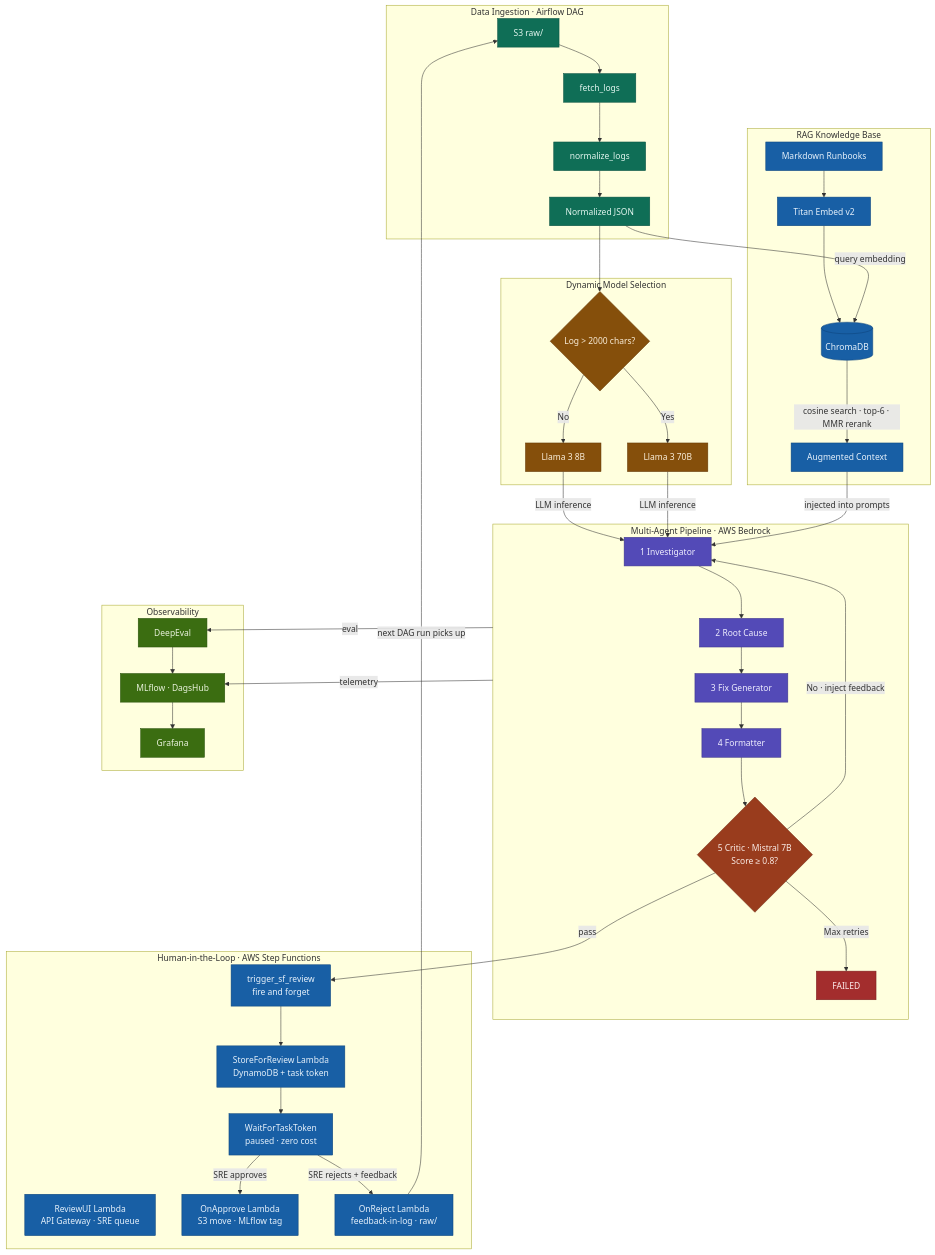
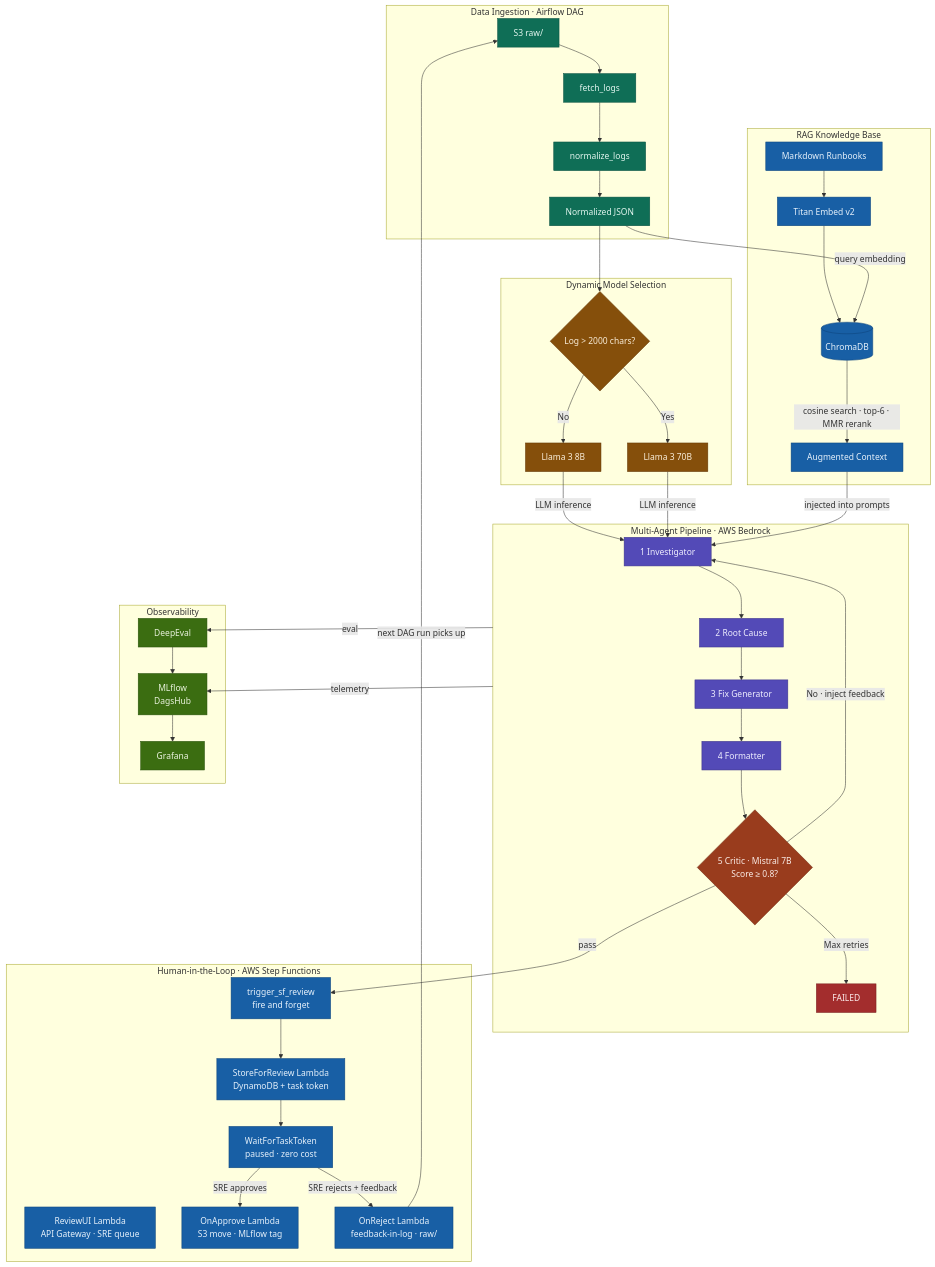
The first of 6 diagrams in README.md (nasim-raj-laskar/InfraMind), drawn with Mermaid before and after one commit. The commit also changed other lines of this file, not shown here.

````diff
--- a/README.md
+++ b/README.md
@@ -11,71 +11,71 @@
 ```mermaid
 flowchart TB
     subgraph INGEST["Data Ingestion · Airflow DAG"]
         LOGS["S3 raw/"] --> FETCH["fetch_logs"] --> NORM["normalize_logs"] --> NORM_OUT["Normalized JSON"]
     end
 
     subgraph RAG["RAG Knowledge Base"]
         RUNBOOKS["Markdown Runbooks"] --> EMBED["Titan Embed v2"] --> CHROMA[("ChromaDB")]
         CHROMA -->|"cosine search · top-6 · MMR rerank"| CONTEXT["Augmented Context"]
     end
 
     subgraph MODEL["Dynamic Model Selection"]
         CHECK{"Log > 2000 chars?"}
         CHECK -->|No| L8["Llama 3 8B"]
         CHECK -->|Yes| L70["Llama 3 70B"]
     end
 
     subgraph AGENTS["Multi-Agent Pipeline · AWS Bedrock"]
         A1["1 Investigator"] --> A2["2 Root Cause"] --> A3["3 Fix Generator"] --> A4["4 Formatter"]
-        A4 --> CRITIC{"5 Critic · Mistral 7B\nScore ≥ 0.8?"}
+        A4 --> CRITIC{"5 Critic · Mistral 7B<br/>Score ≥ 0.8?"}
         CRITIC -->|"No · inject feedback"| A1
         CRITIC -->|Max retries| FAIL["FAILED"]
     end
 
     subgraph HITL["Human-in-the-Loop · AWS Step Functions"]
-        SF["trigger_sf_review\nfire and forget"]
-        STORE["StoreForReview Lambda\nDynamoDB + task token"]
-        WAIT["WaitForTaskToken\npaused · zero cost"]
-        UI["ReviewUI Lambda\nAPI Gateway · SRE queue"]
-        APPROVE["OnApprove Lambda\nS3 move · MLflow tag"]
-        REJECT["OnReject Lambda\nfeedback-in-log · raw/"]
+        SF["trigger_sf_review<br/>fire and forget"]
+        STORE["StoreForReview Lambda<br/>DynamoDB + task token"]
+        WAIT["WaitForTaskToken<br/>paused · zero cost"]
+        UI["ReviewUI Lambda<br/>API Gateway · SRE queue"]
+        APPROVE["OnApprove Lambda<br/>S3 move · MLflow tag"]
+        REJECT["OnReject Lambda<br/>feedback-in-log · raw/"]
         SF --> STORE --> WAIT
         WAIT -->|"SRE approves"| APPROVE
         WAIT -->|"SRE rejects + feedback"| REJECT
         REJECT -->|"next DAG run picks up"| LOGS
     end
 
     subgraph OBS["Observability"]
-        MLFLOW["MLflow · DagsHub"]
+        MLFLOW["MLflow <br/> DagsHub"]
         DEEPEVAL["DeepEval"]
         GRAFANA["Grafana"]
     end
 
     NORM_OUT --> CHECK
     NORM_OUT -->|query embedding| CHROMA
     L8 & L70 -->|LLM inference| A1
     CONTEXT -->|injected into prompts| A1
     CRITIC -->|pass| SF
     AGENTS -->|telemetry| MLFLOW
     AGENTS -->|eval| DEEPEVAL
     DEEPEVAL --> MLFLOW
     MLFLOW --> GRAFANA
 
     classDef teal fill:#0F6E56,color:#E1F5EE,stroke:#085041
     classDef blue fill:#185FA5,color:#E6F1FB,stroke:#0C447C
     classDef purple fill:#534AB7,color:#EEEDFE,stroke:#3C3489
     classDef coral fill:#993C1D,color:#FAECE7,stroke:#712B13
     classDef amber fill:#854F0B,color:#FAEEDA,stroke:#633806
     classDef green fill:#3B6D11,color:#EAF3DE,stroke:#27500A
     classDef red fill:#A32D2D,color:#FCEBEB,stroke:#791F1F
     classDef hitl fill:#185FA5,color:#E6F1FB,stroke:#0C447C
 
     class LOGS,FETCH,NORM,NORM_OUT teal
     class RUNBOOKS,EMBED,CHROMA,CONTEXT blue
     class CHECK,L8,L70 amber
     class A1,A2,A3,A4 purple
     class CRITIC coral
     class FAIL red
     class SF,STORE,WAIT,UI,APPROVE,REJECT hitl
     class MLFLOW,DEEPEVAL,GRAFANA green
 ```
````
